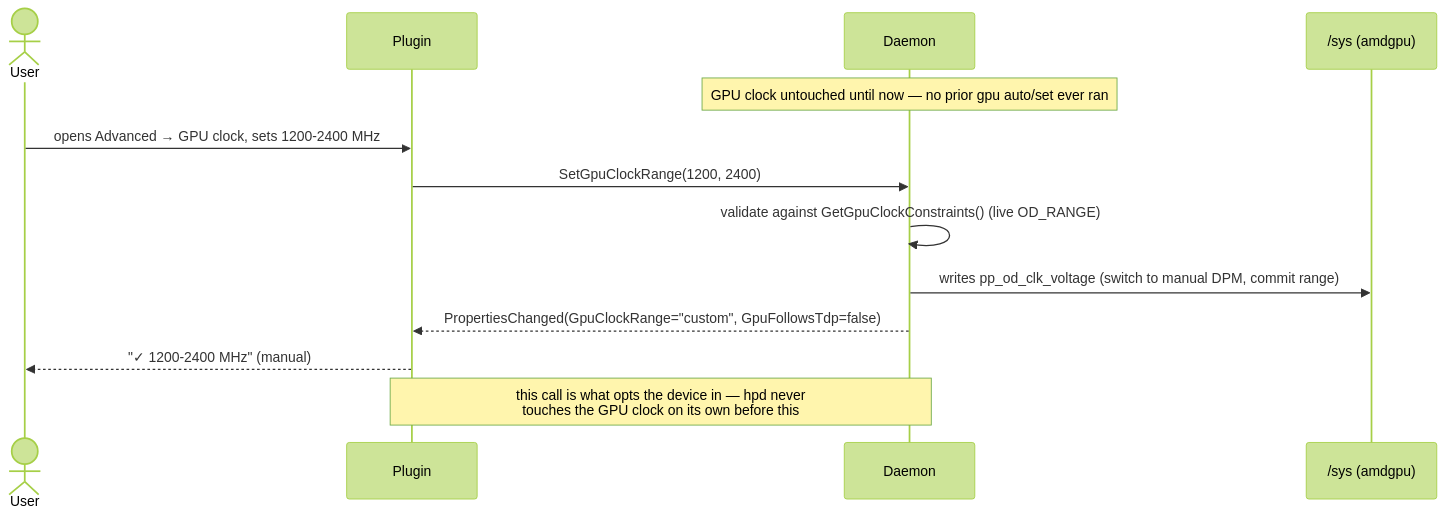
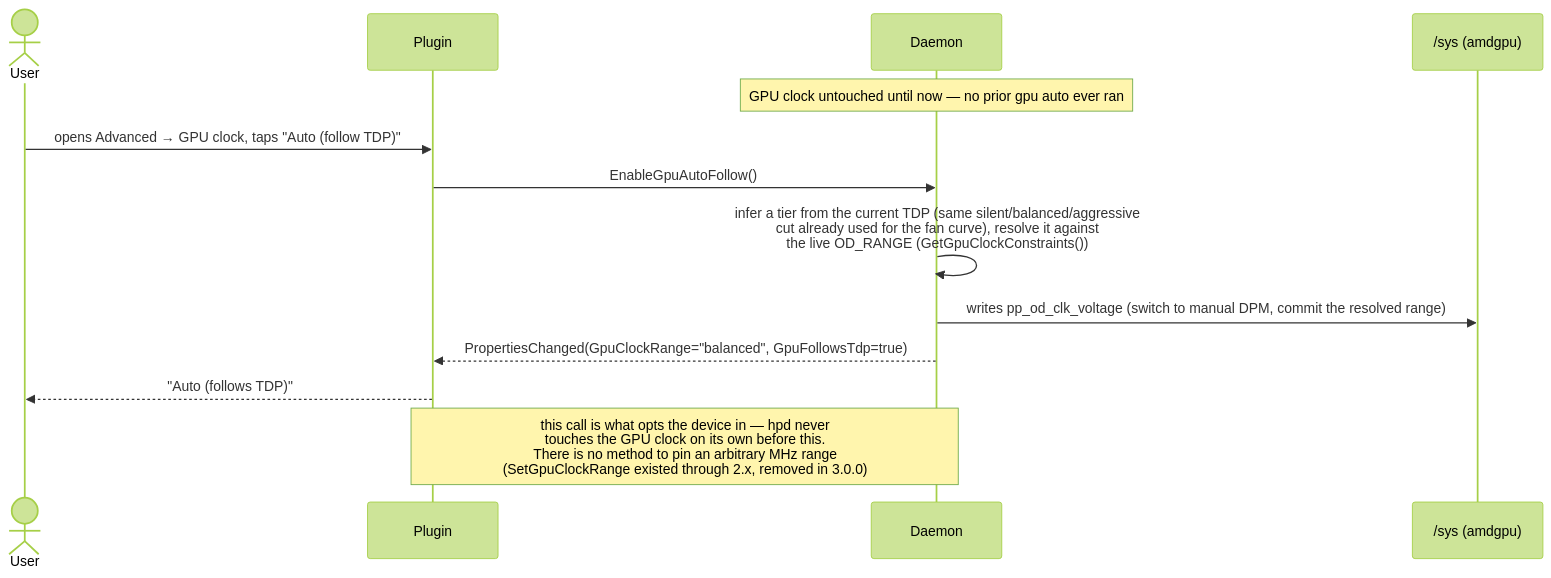
One commit to CiroDev-Git/hpd-handheld-power-daemon changed diagram 13 of 18 in docs/DIAGRAMS.md. Above: the diagram before and after it, drawn with Mermaid (forest theme). The commit also changed other lines of this file and 20 other files, not shown here.

````diff
--- a/docs/DIAGRAMS.md
+++ b/docs/DIAGRAMS.md
@@ -319,16 +319,16 @@
 ```mermaid
 sequenceDiagram
     actor U as User
     participant UI as Plugin
     participant D as Daemon
     participant HW as /sys (amdgpu)
 
-    Note over D: GPU clock untouched until now — no prior gpu auto/set ever ran
-    U->>UI: opens Advanced → GPU clock, sets 1200-2400 MHz
-    UI->>D: SetGpuClockRange(1200, 2400)
-    D->>D: validate against GetGpuClockConstraints() (live OD_RANGE)
-    D->>HW: writes pp_od_clk_voltage (switch to manual DPM, commit range)
-    D-->>UI: PropertiesChanged(GpuClockRange="custom", GpuFollowsTdp=false)
-    UI-->>U: "✓ 1200-2400 MHz" (manual)
-    Note over D,UI: this call is what opts the device in — hpd never<br/>touches the GPU clock on its own before this
+    Note over D: GPU clock untouched until now — no prior gpu auto ever ran
+    U->>UI: opens Advanced → GPU clock, taps "Auto (follow TDP)"
+    UI->>D: EnableGpuAutoFollow()
+    D->>D: infer a tier from the current TDP (same silent/balanced/aggressive<br/>cut already used for the fan curve), resolve it against<br/>the live OD_RANGE (GetGpuClockConstraints())
+    D->>HW: writes pp_od_clk_voltage (switch to manual DPM, commit the resolved range)
+    D-->>UI: PropertiesChanged(GpuClockRange="balanced", GpuFollowsTdp=true)
+    UI-->>U: "Auto (follows TDP)"
+    Note over D,UI: this call is what opts the device in — hpd never<br/>touches the GPU clock on its own before this.<br/>There is no method to pin an arbitrary MHz range<br/>(SetGpuClockRange existed through 2.x, removed in 3.0.0)
 ```
````
